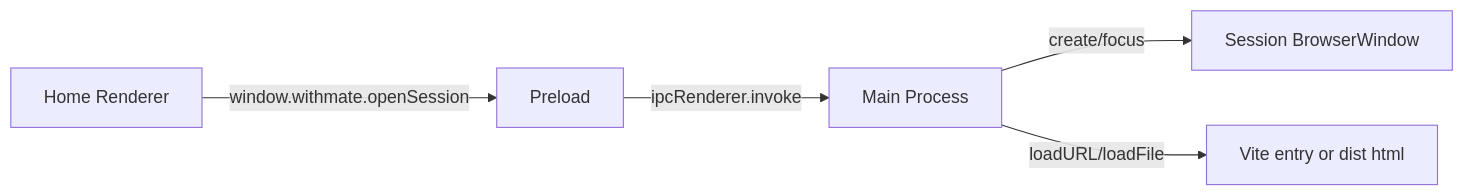
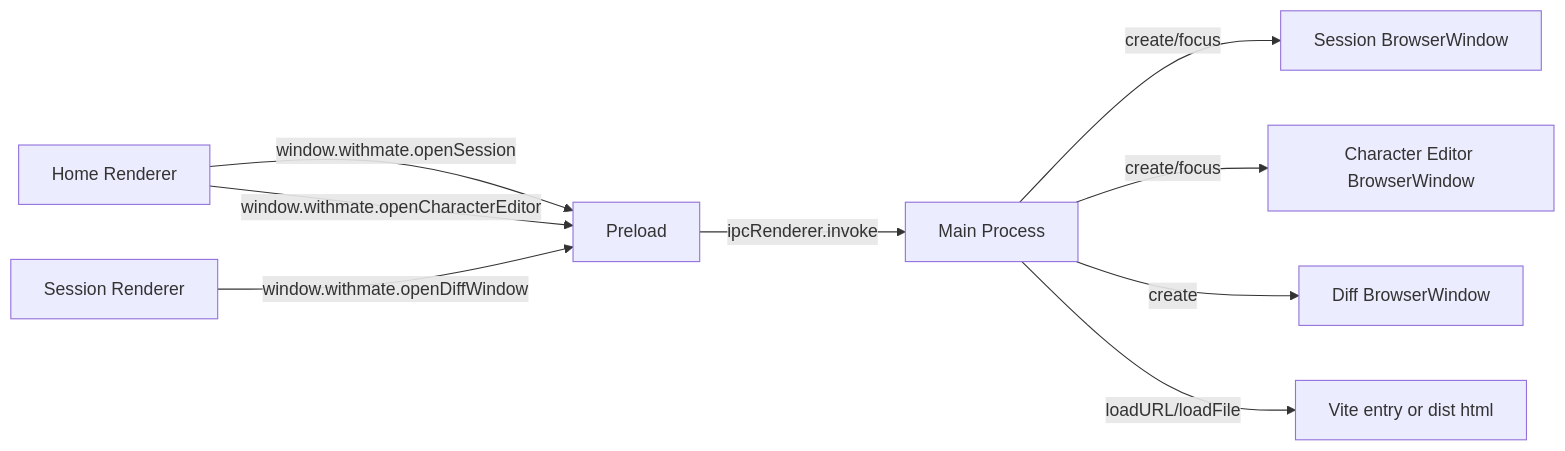
Before and after one commit to natumekazuki/WithMate: the diagram in docs/design/electron-window-runtime.md, drawn with Mermaid. The commit also changed other lines of this file and 79 other files, not shown here.

````diff
--- a/docs/design/electron-window-runtime.md
+++ b/docs/design/electron-window-runtime.md
@@ -31,7 +33,11 @@
 ```mermaid
 flowchart LR
     HM[Home Renderer] -->|window.withmate.openSession| PL[Preload]
+    HM -->|window.withmate.openCharacterEditor| PL
+    SWR[Session Renderer] -->|window.withmate.openDiffWindow| PL
     PL -->|ipcRenderer.invoke| MP[Main Process]
     MP -->|create/focus| SW[Session BrowserWindow]
+    MP -->|create/focus| CW[Character Editor BrowserWindow]
+    MP -->|create| DW[Diff BrowserWindow]
     MP -->|loadURL/loadFile| VITE[Vite entry or dist html]
 ```
````
